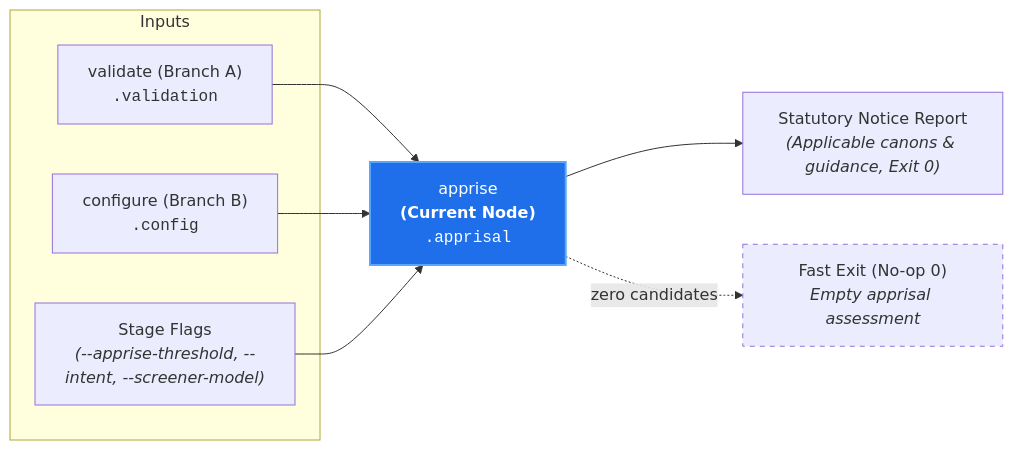
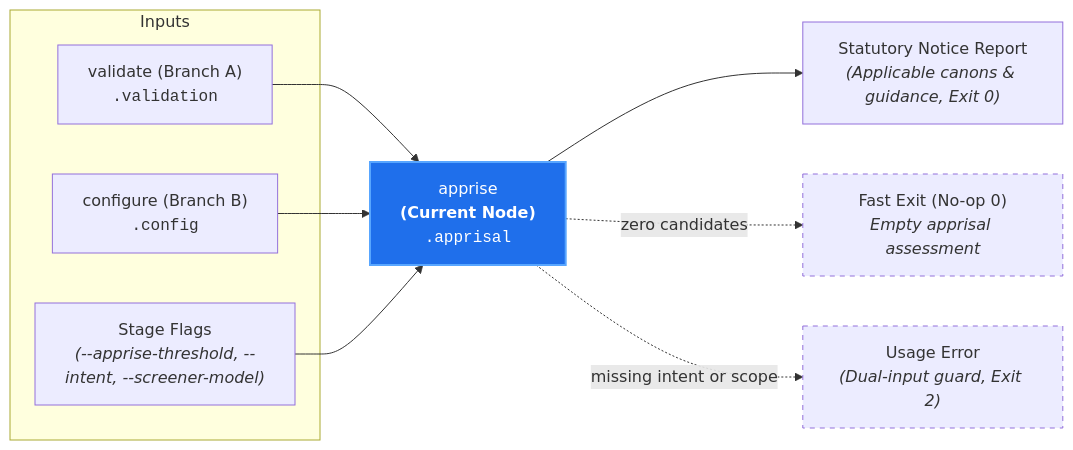
One commit to PAIR-code/canon-clerk changed the diagram in docs/architecture/nodes/apprise.md. Above: the diagram before and after it, drawn with Mermaid. The commit also changed other lines of this file and 11 other files, not shown here.

````diff
--- a/docs/architecture/nodes/apprise.md
+++ b/docs/architecture/nodes/apprise.md
@@ -24,18 +24,20 @@
 ```mermaid
 flowchart LR
     subgraph Inputs["Inputs"]
         Validate["validate (Branch A)<br/><code>.validation</code>"]
         Config["configure (Branch B)<br/><code>.config</code>"]
         Params["Stage Flags<br/><i>(--apprise-threshold, --intent, --screener-model)</i>"]
     end
 
     Validate --> Apprise["apprise<br/><b>(Current Node)</b><br/><code>.apprisal</code>"]
     Config --> Apprise
     Params --> Apprise
 
     Apprise --> Notice["Statutory Notice Report<br/><i>(Applicable canons & guidance, Exit 0)</i>"]
     Apprise -. "zero candidates" .-> EmptyNotice["Fast Exit (No-op 0)<br/><i>Empty apprisal assessment</i>"]
+    Apprise -. "missing intent or scope" .-> UsageError["Usage Error<br/><i>(Dual-input guard, Exit 2)</i>"]
 
     style Apprise fill:#1f6feb,stroke:#58a6ff,stroke-width:2px,color:#fff
     style EmptyNotice stroke-dasharray: 5 5
+    style UsageError stroke-dasharray: 5 5
 ```
````
